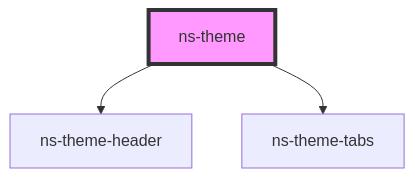
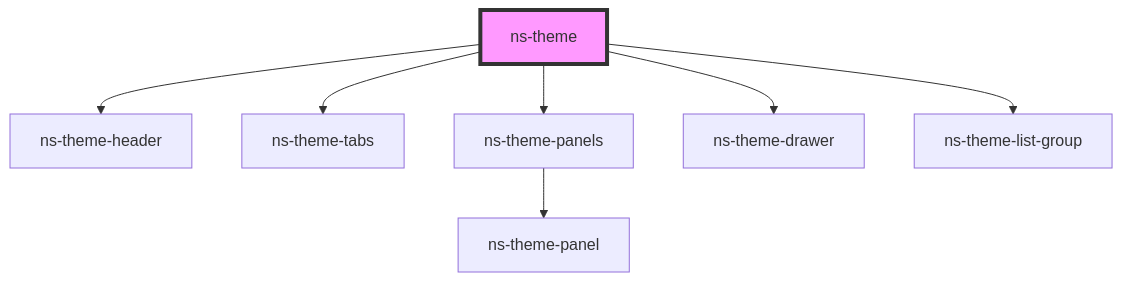
One commit to jonniespratley/ns-theme changed the diagram in src/components/ns-theme/readme.md. Above: the diagram before and after it, drawn with Mermaid. The commit also changed other lines of this file and 23 other files, not shown here.

````diff
--- a/src/components/ns-theme/readme.md
+++ b/src/components/ns-theme/readme.md
@@ -72,6 +106,10 @@
 ```mermaid
 graph TD;
   ns-theme --> ns-theme-header
   ns-theme --> ns-theme-tabs
+  ns-theme --> ns-theme-panels
+  ns-theme --> ns-theme-drawer
+  ns-theme --> ns-theme-list-group
+  ns-theme-panels --> ns-theme-panel
   style ns-theme fill:#f9f,stroke:#333,stroke-width:4px
 ```
````
